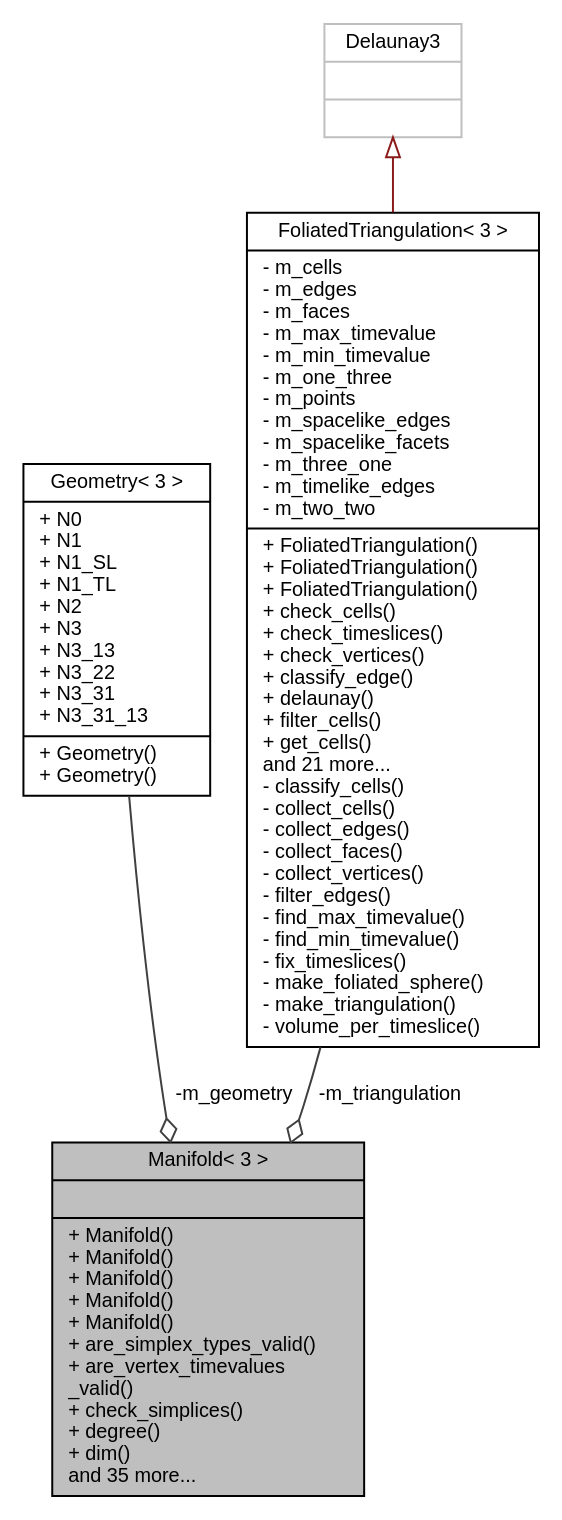
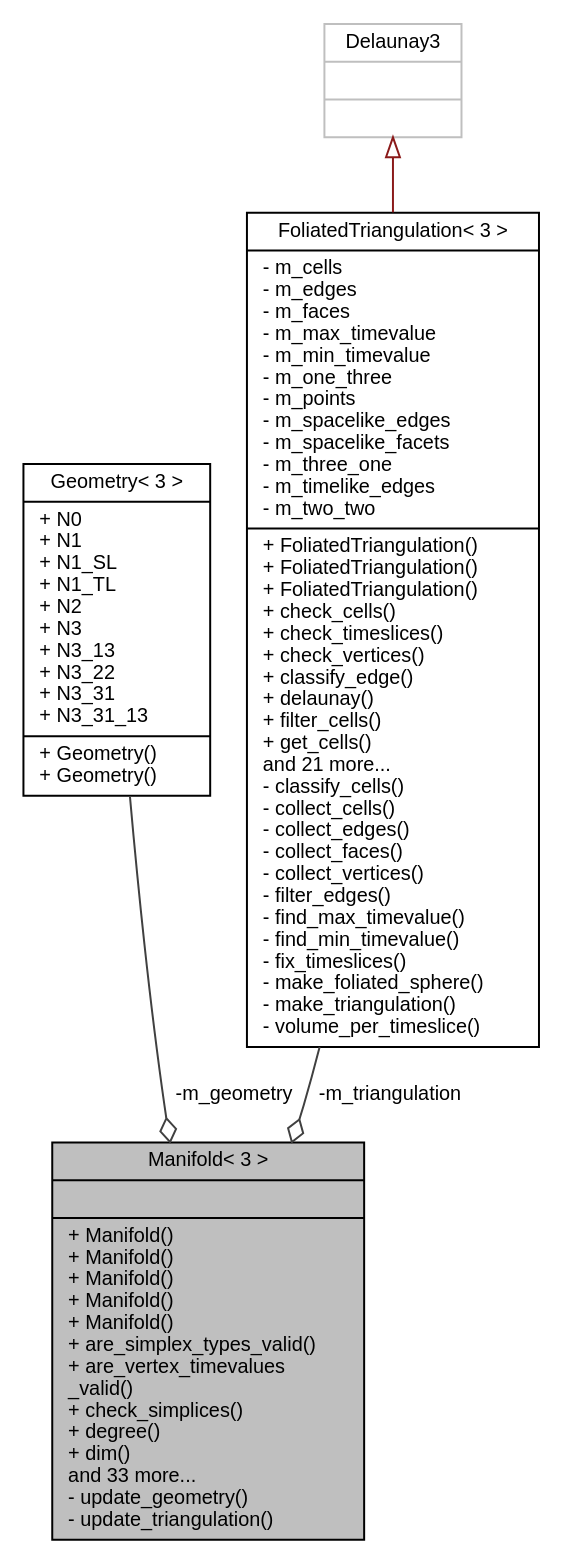
Before and after one commit to acgetchell/CDT-plusplus: the diagram in class_manifold_3_013_01_4__coll__graph.dot, drawn with Graphviz. The commit also changed 232 other files, not shown here.

```diff
--- a/class_manifold_3_013_01_4__coll__graph.dot
+++ b/class_manifold_3_013_01_4__coll__graph.dot
@@ -1,13 +1,13 @@
 digraph "Manifold&lt; 3 &gt;"
 {
  // LATEX_PDF_SIZE
   edge [fontname="Helvetica",fontsize="10",labelfontname="Helvetica",labelfontsize="10"];
   node [fontname="Helvetica",fontsize="10",shape=record];
-  Node1 [label="{Manifold\< 3 \>\n||+ Manifold()\l+ Manifold()\l+ Manifold()\l+ Manifold()\l+ Manifold()\l+ are_simplex_types_valid()\l+ are_vertex_timevalues\l_valid()\l+ check_simplices()\l+ degree()\l+ dim()\land 35 more...\l}",height=0.2,width=0.4,color="black", fillcolor="grey75", style="filled", fontcolor="black",tooltip="3D Manifold"];
+  Node1 [label="{Manifold\< 3 \>\n||+ Manifold()\l+ Manifold()\l+ Manifold()\l+ Manifold()\l+ Manifold()\l+ are_simplex_types_valid()\l+ are_vertex_timevalues\l_valid()\l+ check_simplices()\l+ degree()\l+ dim()\land 33 more...\l- update_geometry()\l- update_triangulation()\l}",height=0.2,width=0.4,color="black", fillcolor="grey75", style="filled", fontcolor="black",tooltip="3D Manifold"];
   Node2 -> Node1 [color="grey25",fontsize="10",style="solid",label=" -m_geometry" ,arrowhead="odiamond",fontname="Helvetica"];
   Node2 [label="{Geometry\< 3 \>\n|+ N0\l+ N1\l+ N1_SL\l+ N1_TL\l+ N2\l+ N3\l+ N3_13\l+ N3_22\l+ N3_31\l+ N3_31_13\l|+ Geometry()\l+ Geometry()\l}",height=0.2,width=0.4,color="black", fillcolor="white", style="filled",URL="$struct_geometry_3_013_01_4.html",tooltip="3D Geometry"];
   Node3 -> Node1 [color="grey25",fontsize="10",style="solid",label=" -m_triangulation" ,arrowhead="odiamond",fontname="Helvetica"];
   Node3 [label="{FoliatedTriangulation\< 3 \>\n|- m_cells\l- m_edges\l- m_faces\l- m_max_timevalue\l- m_min_timevalue\l- m_one_three\l- m_points\l- m_spacelike_edges\l- m_spacelike_facets\l- m_three_one\l- m_timelike_edges\l- m_two_two\l|+ FoliatedTriangulation()\l+ FoliatedTriangulation()\l+ FoliatedTriangulation()\l+ check_cells()\l+ check_timeslices()\l+ check_vertices()\l+ classify_edge()\l+ delaunay()\l+ filter_cells()\l+ get_cells()\land 21 more...\l- classify_cells()\l- collect_cells()\l- collect_edges()\l- collect_faces()\l- collect_vertices()\l- filter_edges()\l- find_max_timevalue()\l- find_min_timevalue()\l- fix_timeslices()\l- make_foliated_sphere()\l- make_triangulation()\l- volume_per_timeslice()\l}",height=0.2,width=0.4,color="black", fillcolor="white", style="filled",URL="$class_foliated_triangulation_3_013_01_4.html",tooltip="3D Triangulation"];
   Node4 -> Node3 [dir="back",color="firebrick4",fontsize="10",style="solid",arrowtail="onormal",fontname="Helvetica"];
   Node4 [label="{Delaunay3\n||}",height=0.2,width=0.4,color="grey75", fillcolor="white", style="filled",tooltip=" "];
 }
```
